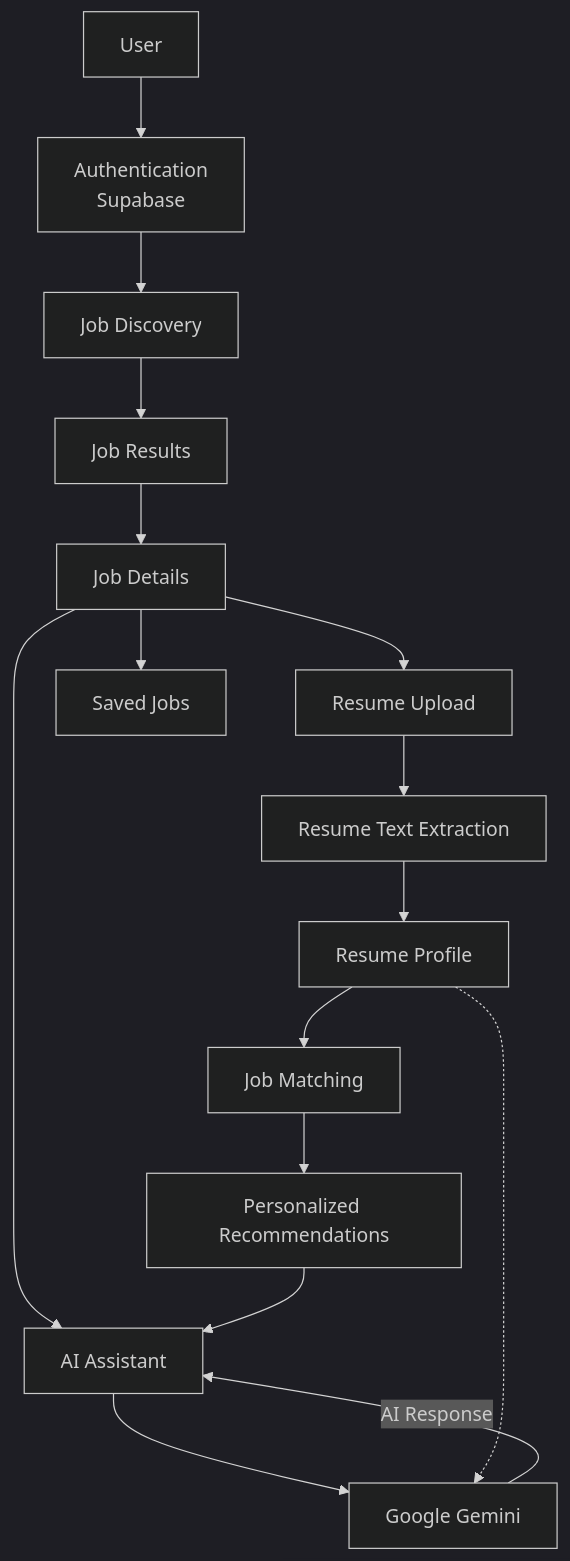
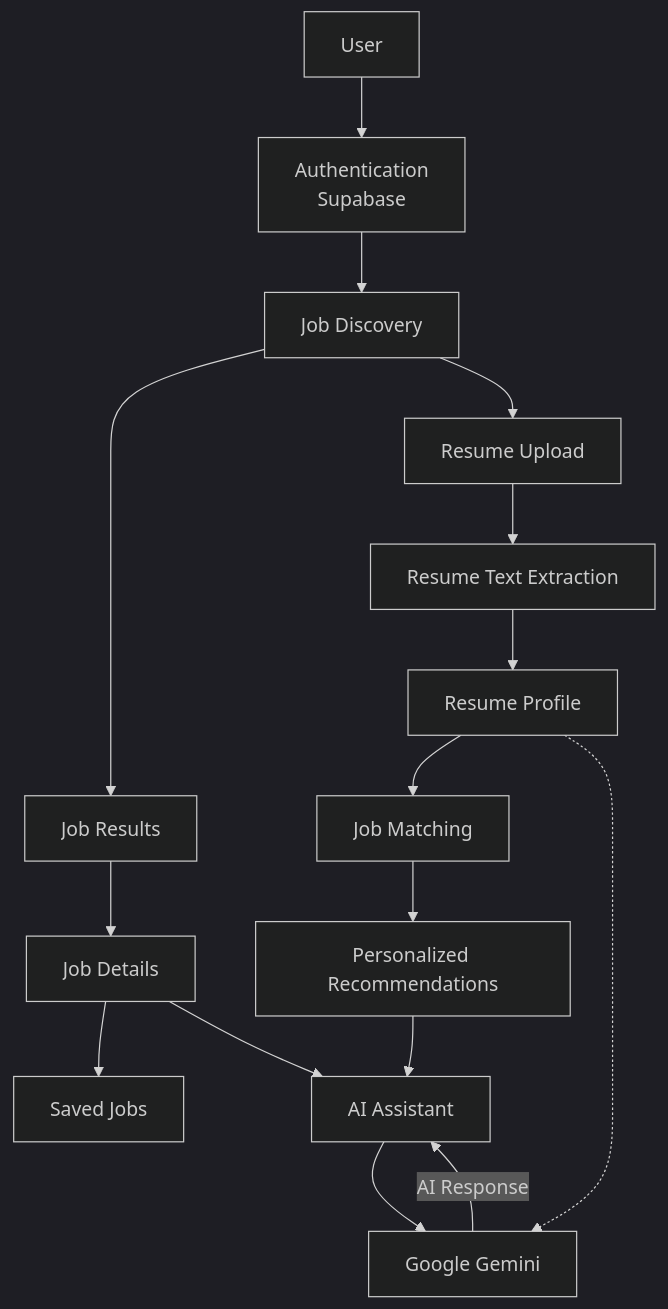
One commit to DarshanMathpal/JobWiseAI changed the first of 2 diagrams in README.md. Above: the diagram before and after it, drawn with Mermaid (dark theme).

````diff
--- a/README.md
+++ b/README.md
@@ -50,38 +50,38 @@
 ```mermaid
 flowchart TD
     U[User]
     A[Authentication<br/>Supabase]
     D[Job Discovery]
     R[Job Results]
     J[Job Details]
 
     RS[Resume Upload]
     EX[Resume Text Extraction]
     RP[Resume Profile]
     M[Job Matching]
     REC[Personalized Recommendations]
 
     S[Saved Jobs]
     AI[AI Assistant]
     G[Google Gemini]
 
     U --> A
     A --> D
     D --> R
     R --> J
+    D --> RS
 
-    J --> RS
     RS --> EX
     EX --> RP
     RP --> M
     M --> REC
 
     J --> S
     J --> AI
     REC --> AI
 
     AI --> G
     G -->|AI Response| AI
 
     RP -.-> G
 ```
````
